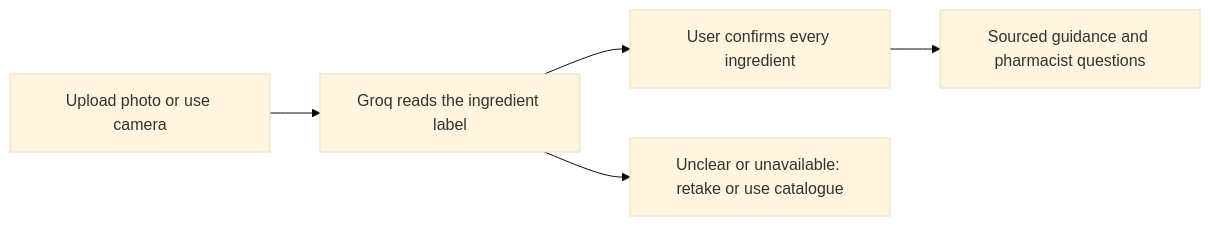
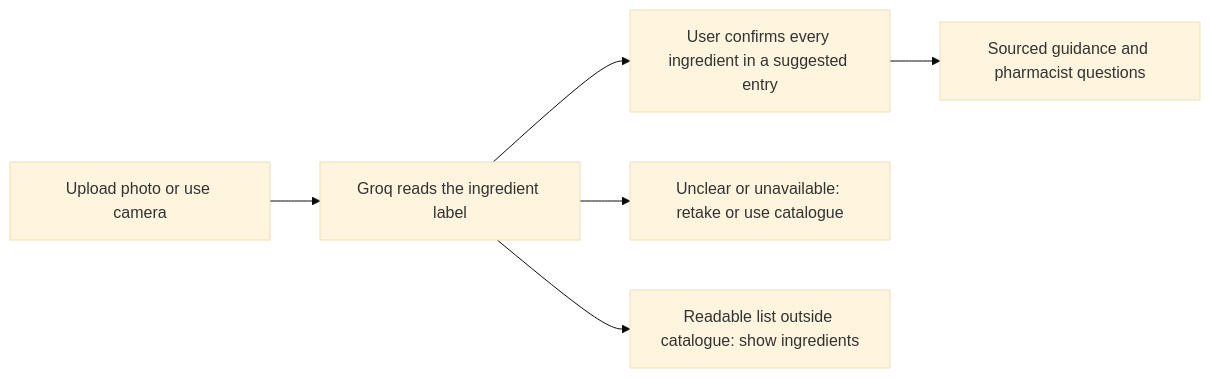
One commit to Victorsano/resistguard changed the first of 2 diagrams in docs/PRODUCT-OVERVIEW.md. Above: the diagram before and after it, drawn with Mermaid (base theme). The commit also changed other lines of this file and 2 other files, not shown here.

````diff
--- a/docs/PRODUCT-OVERVIEW.md
+++ b/docs/PRODUCT-OVERVIEW.md
@@ -5,7 +18,8 @@
 ```mermaid
 flowchart LR
     A[Upload photo or use camera] --> B[Groq reads the ingredient label]
-    B --> C[User confirms every ingredient]
+    B --> C[User confirms every ingredient in a suggested entry]
     C --> D[Sourced guidance and pharmacist questions]
     B --> E[Unclear or unavailable: retake or use catalogue]
+    B --> F[Readable list outside catalogue: show ingredients]
 ```
````
